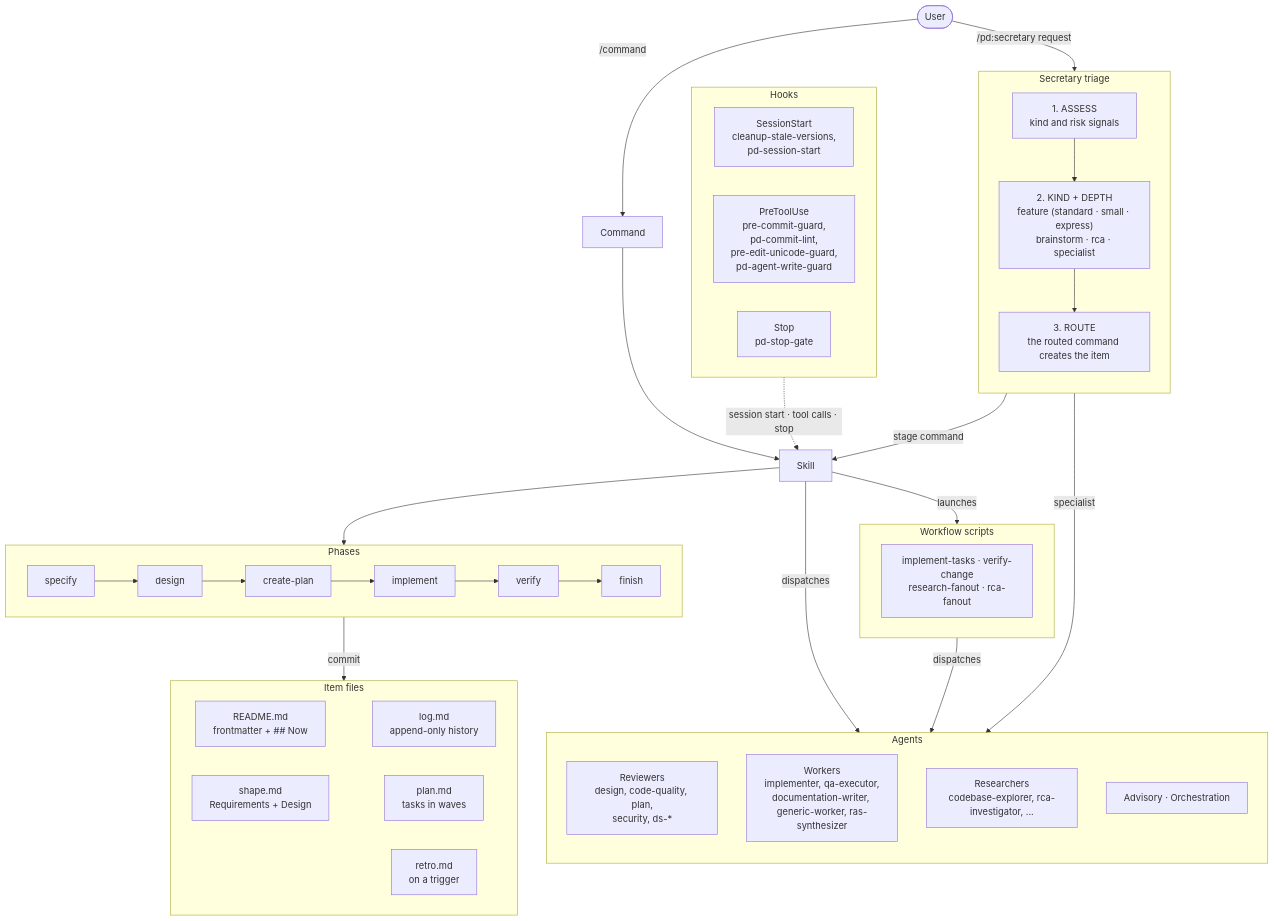
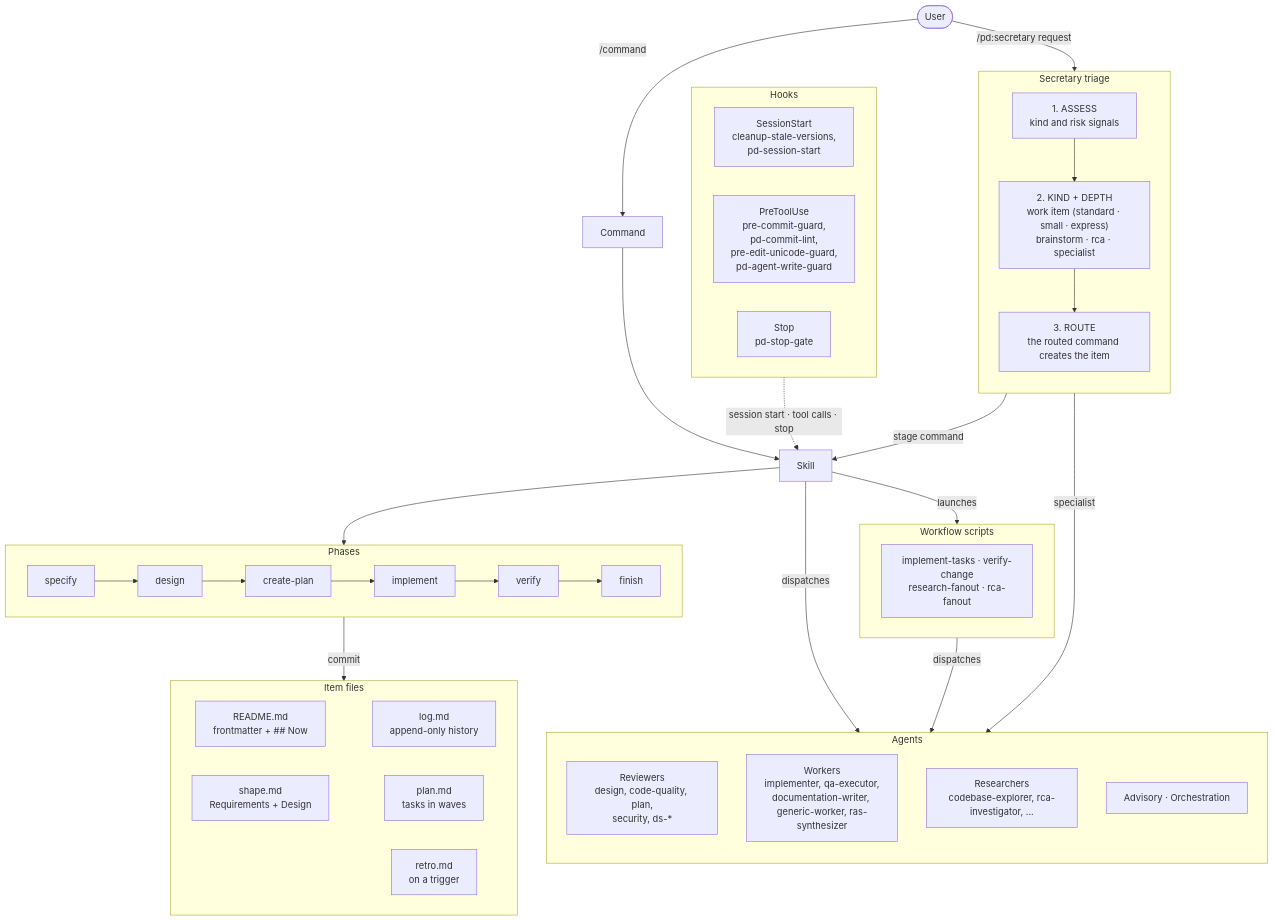
One commit to clthuang/pedantic-drip changed the diagram in README_FOR_DEV.md. Above: the diagram before and after it, drawn with Mermaid. The commit also changed other lines of this file and 20 other files, not shown here.

First line of the commit message:
docs: say "work item" in the docs; CI blocks the pd 7 names

````diff
--- a/README_FOR_DEV.md
+++ b/README_FOR_DEV.md
@@ -100,55 +100,55 @@
 ```mermaid
 flowchart TD
     U([User]) -->|"/command"| CMD[Command]
     U -->|"/pd:secretary request"| SEC
 
     subgraph SEC["Secretary triage"]
         direction TB
-        S1["1. ASSESS<br/>kind and risk signals"] --> S2["2. KIND + DEPTH<br/>feature (standard · small · express)<br/>brainstorm · rca · specialist"]
+        S1["1. ASSESS<br/>kind and risk signals"] --> S2["2. KIND + DEPTH<br/>work item (standard · small · express)<br/>brainstorm · rca · specialist"]
         S2 --> S3["3. ROUTE<br/>the routed command creates the item"]
     end
 
     CMD --> SK[Skill]
     S3 -->|"stage command"| SK
     S3 -->|"specialist"| AG
 
     subgraph PHASES["Phases"]
         direction LR
         P1[specify] --> P2[design] --> P3[create-plan]
         P3 --> P4[implement] --> P5[verify] --> P6[finish]
     end
 
     SK --> PHASES
     SK -->|"dispatches"| AG
     SK -->|"launches"| WF
 
     subgraph WF["Workflow scripts"]
         W1["implement-tasks · verify-change<br/>research-fanout · rca-fanout"]
     end
 
     WF -->|"dispatches"| AG
 
     subgraph AG["Agents"]
         direction TB
         A1["Reviewers<br/>design, code-quality, plan,<br/>security, ds-*"]
         A2["Workers<br/>implementer, qa-executor,<br/>documentation-writer, generic-worker, ras-synthesizer"]
         A3["Researchers<br/>codebase-explorer, rca-investigator, ..."]
         A4["Advisory · Orchestration"]
     end
 
     PHASES -->|"commit"| ART
 
     subgraph ART["Item files"]
         F1["README.md<br/>frontmatter + ## Now"] ~~~ F2["log.md<br/>append-only history"]
         F3["shape.md<br/>Requirements + Design"] ~~~ F4["plan.md<br/>tasks in waves"]
         F5["retro.md<br/>on a trigger"]
     end
 
     subgraph HOOKS["Hooks"]
         H1["SessionStart<br/>cleanup-stale-versions,<br/>pd-session-start"]
         H2["PreToolUse<br/>pre-commit-guard,<br/>pd-commit-lint,<br/>pre-edit-unicode-guard,<br/>pd-agent-write-guard"]
         H3["Stop<br/>pd-stop-gate"]
     end
 
     HOOKS -.->|"session start · tool calls · stop"| SK
 ```
````
